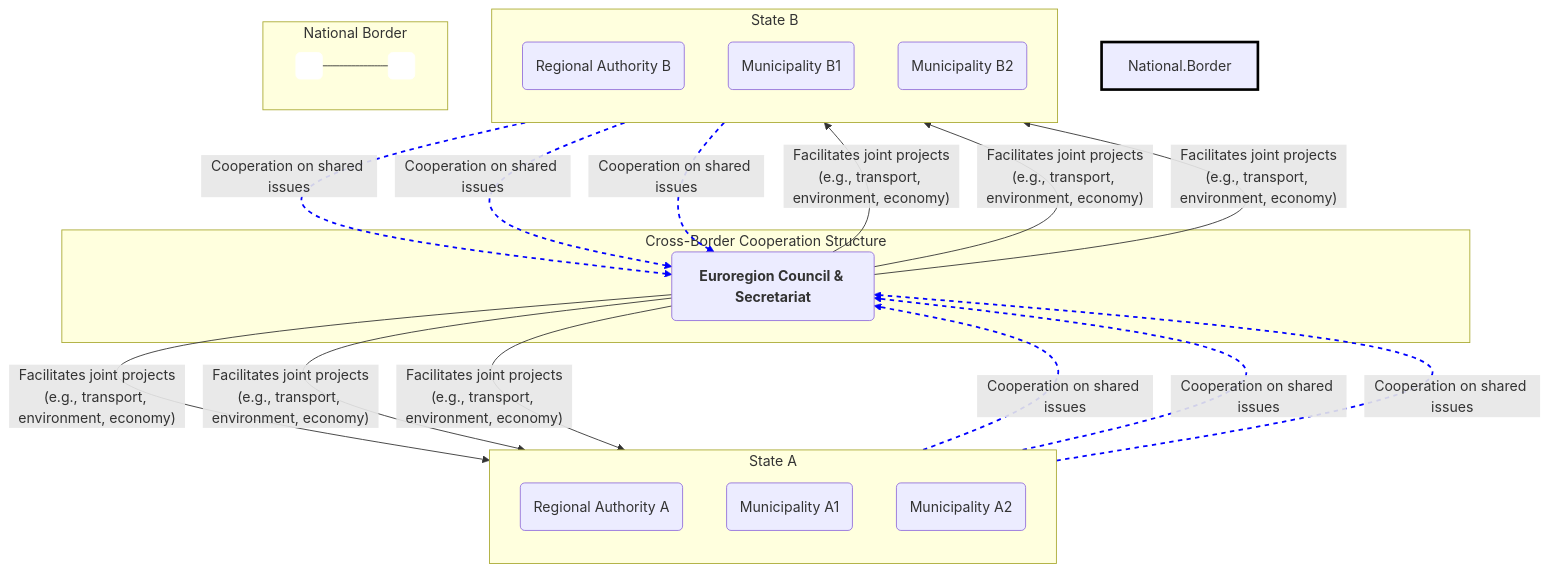
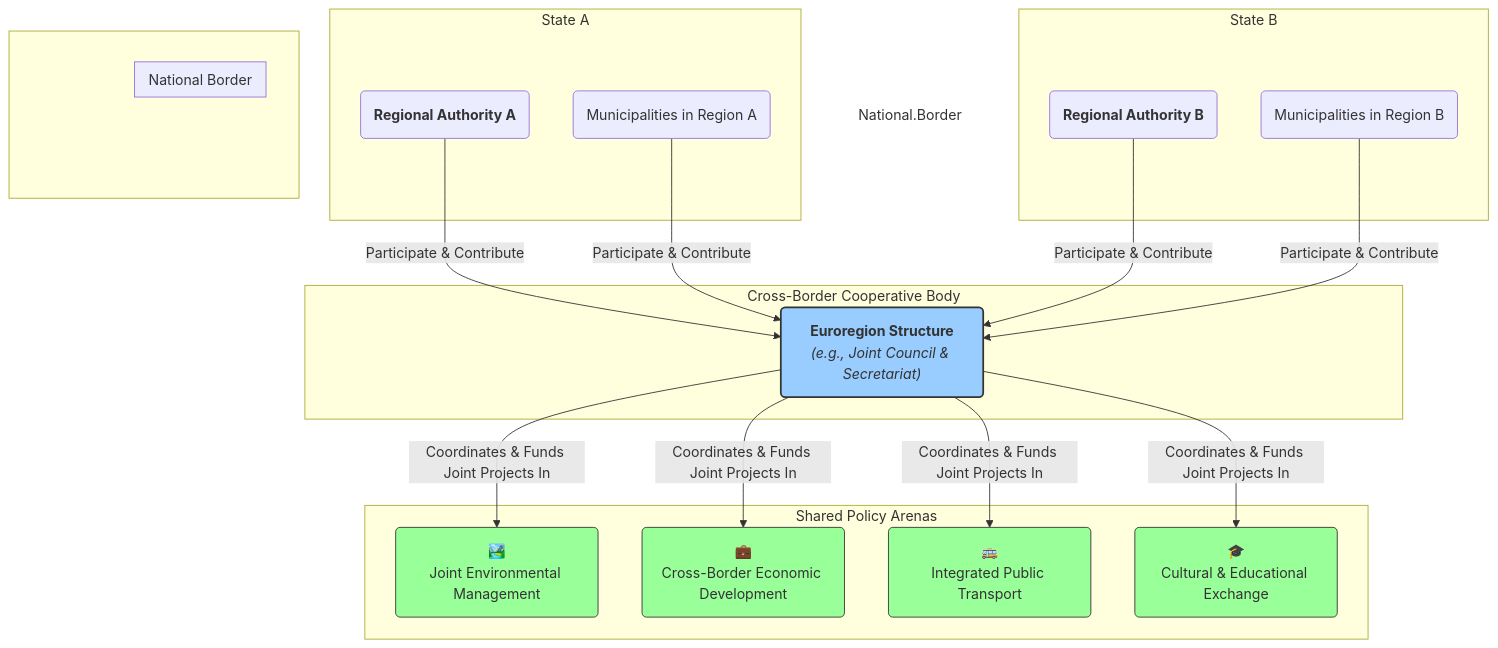
One commit to Aboutorabi/7.3.md changed the diagram in 7.3.md. Above: the diagram before and after it, drawn with Mermaid.

````diff
--- a/7.3.md
+++ b/7.3.md
@@ -1,38 +1,46 @@
 ```mermaid
 graph TD
     subgraph "State A"
-        direction TB
-        RA("Regional Authority A")
-        MuniA1("Municipality A1")
-        MuniA2("Municipality A2")
+        RA("<b>Regional Authority A</b>")
+        MuniA("Municipalities in Region A")
     end
 
     subgraph "State B"
-        direction TB
-        RB("Regional Authority B")
-        MuniB1("Municipality B1")
-        MuniB2("Municipality B2")
-    end
-    
-    subgraph "Cross-Border Cooperation Structure"
-        Euroregion("<b>Euroregion Council & Secretariat</b>")
+        RB("<b>Regional Authority B</b>")
+        MuniB("Municipalities in Region B")
     end
 
-    RA & MuniA1 & MuniA2 -- "Cooperation on shared issues" --> Euroregion
-    RB & MuniB1 & MuniB2 -- "Cooperation on shared issues" --> Euroregion
-    
-    Euroregion -- "Facilitates joint projects<br>(e.g., transport, environment, economy)" --> RA & RB & MuniA1 & MuniA2 & MuniB1 & MuniB2
-
-    linkStyle 0,1,2,3,4,5 stroke-width:2px,stroke:blue,stroke-dasharray: 5 5;
-
-    %% This is a hack to draw the border line
-    subgraph "National Border"
+    subgraph " "
       direction LR
       Border1( );
       Border2( );
-      Border1---Border2;
+      Border1 ~~~ Border2;
+      subgraph "National Border"
+      end
+      style National.Border fill:none,stroke:none
     end
-    style Border1 fill:#fff,stroke:#fff
-    style Border2 fill:#fff,stroke:#fff
-    style National.Border stroke-width:3px,stroke:black
+    style Border1 fill:none,stroke:none
+    style Border2 fill:none,stroke:none
+    
+    subgraph "Cross-Border Cooperative Body"
+        Euroregion("<b>Euroregion Structure</b><br><i>(e.g., Joint Council & Secretariat)</i>")
+    end
+
+    subgraph "Shared Policy Arenas"
+        P1("🏞️<br>Joint Environmental Management")
+        P2("💼<br>Cross-Border Economic Development")
+        P3("🚌<br>Integrated Public Transport")
+        P4("🎓<br>Cultural & Educational Exchange")
+    end
+
+    RA & MuniA -- "Participate & Contribute" --> Euroregion
+    RB & MuniB -- "Participate & Contribute" --> Euroregion
+    
+    Euroregion -- "Coordinates & Funds Joint Projects In" --> P1 & P2 & P3 & P4
+
+    style Euroregion fill:#9cf,stroke:#333,stroke-width:2px
+    style P1 fill:#9f9,stroke:#333
+    style P2 fill:#9f9,stroke:#333
+    style P3 fill:#9f9,stroke:#333
+    style P4 fill:#9f9,stroke:#333
 ```
````
